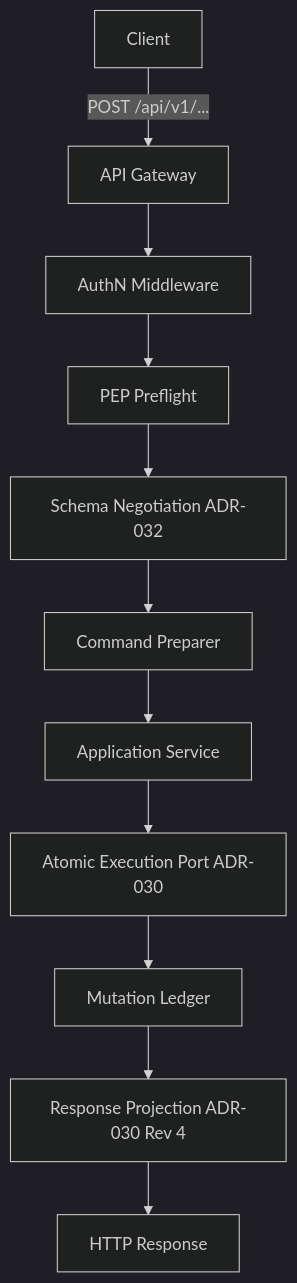
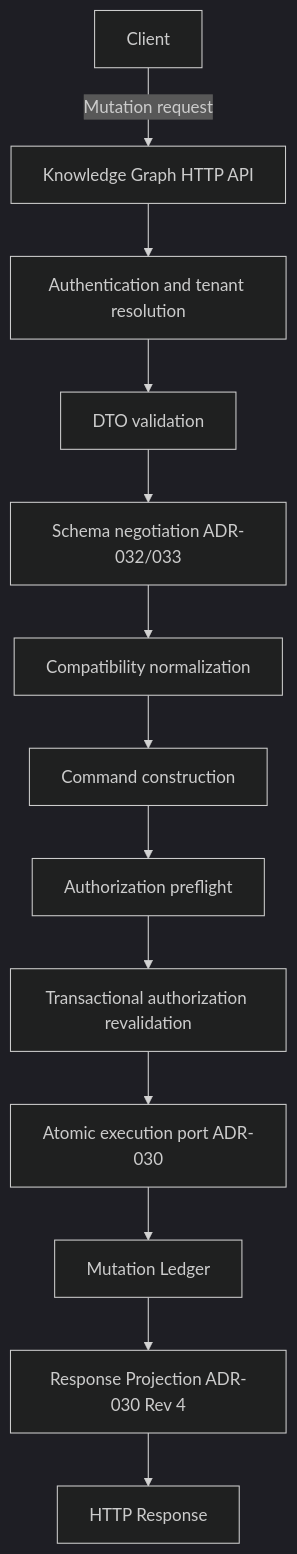
Before and after one commit to alkhajeh89/emg-platform: the first of 2 diagrams in docs/specifications/ADR-033/Phase4-Design-Package.md, drawn with Mermaid (dark theme). The commit also changed other lines of this file, not shown here.

Commit message:
docs(adr-027): reconcile Phase 4A conformance package

````diff
--- a/docs/specifications/ADR-033/Phase4-Design-Package.md
+++ b/docs/specifications/ADR-033/Phase4-Design-Package.md
@@ -18,13 +27,15 @@
 ```mermaid
 graph TD
-    Client[Client] -->|POST /api/v1/...| Gateway[API Gateway]
-    Gateway --> AuthN[AuthN Middleware]
-    AuthN --> AuthZ[PEP Preflight]
-    AuthZ --> Negotiation[Schema Negotiation ADR-032]
-    Negotiation --> Preparer[Command Preparer]
-    Preparer --> AppService[Application Service]
-    AppService --> Persistence[Atomic Execution Port ADR-030]
-    Persistence --> Ledger[Mutation Ledger]
+    Client[Client] -->|Mutation request| API[Knowledge Graph HTTP API]
+    API --> AuthN[Authentication and tenant resolution]
+    AuthN --> Validation[DTO validation]
+    Validation --> Negotiation[Schema negotiation ADR-032/033]
+    Negotiation --> Normalization[Compatibility normalization]
+    Normalization --> Construction[Command construction]
+    Construction --> AuthZ[Authorization preflight]
+    AuthZ --> Revalidation[Transactional authorization revalidation]
+    Revalidation --> Atomic[Atomic execution port ADR-030]
+    Atomic --> Ledger[Mutation Ledger]
     Ledger --> Projection[Response Projection ADR-030 Rev 4]
     Projection --> Response[HTTP Response]
 ```
````
